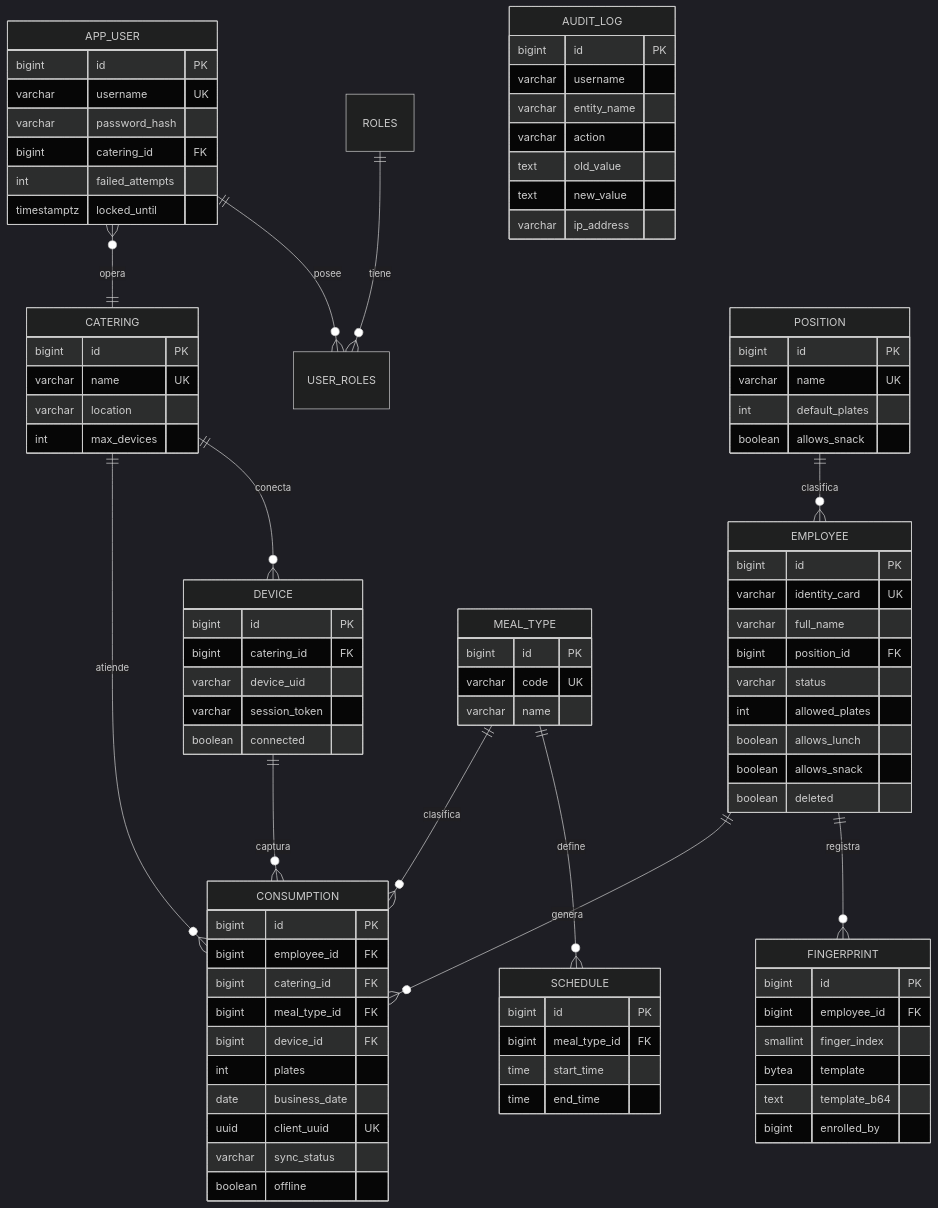
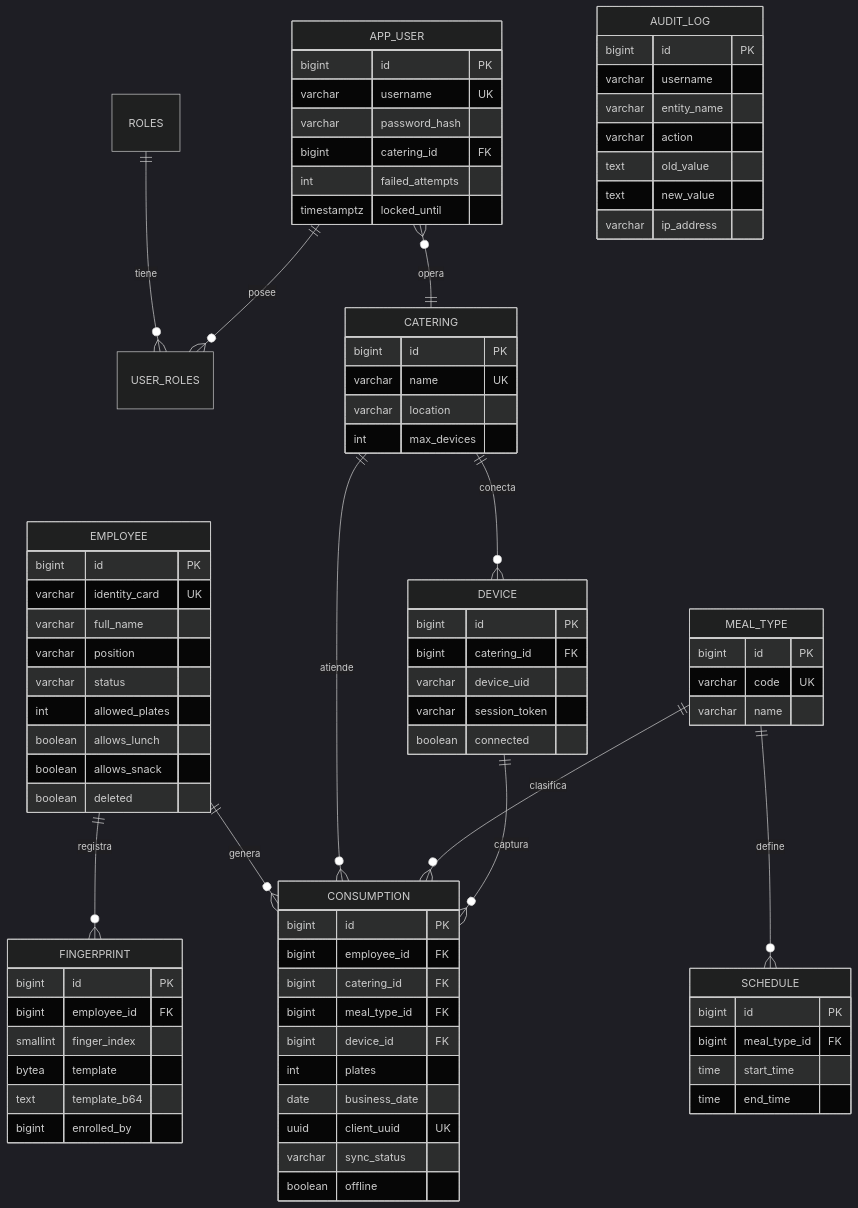
Before and after one commit to sampedro2002/proyectoFinal: the first of 2 diagrams in controlEatFoodWeb/docs/ARQUITECTURA.md, drawn with Mermaid (dark theme). The commit also changed 24 other files, not shown here.

```diff
--- a/controlEatFoodWeb/docs/ARQUITECTURA.md
+++ b/controlEatFoodWeb/docs/ARQUITECTURA.md
@@ -32,7 +32,6 @@
     ROLES ||--o{ USER_ROLES : tiene
     APP_USER ||--o{ USER_ROLES : posee
     APP_USER }o--|| CATERING : opera
-    POSITION ||--o{ EMPLOYEE : clasifica
     EMPLOYEE ||--o{ FINGERPRINT : registra
     EMPLOYEE ||--o{ CONSUMPTION : genera
     CATERING ||--o{ DEVICE : conecta
@@ -53,18 +52,12 @@
         bigint id PK
         varchar identity_card UK
         varchar full_name
-        bigint position_id FK
+        varchar position
         varchar status
         int allowed_plates
         boolean allows_lunch
         boolean allows_snack
         boolean deleted
-    }
-    POSITION {
-        bigint id PK
-        varchar name UK
-        int default_plates
-        boolean allows_snack
     }
     FINGERPRINT {
         bigint id PK
```
